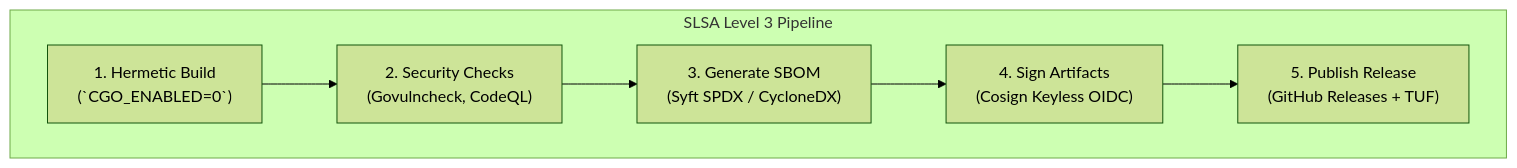
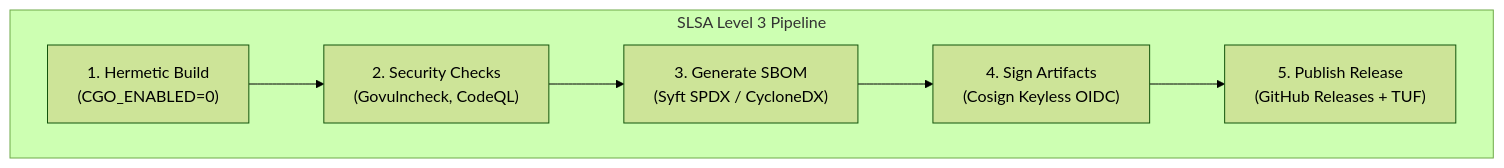
The first of 3 diagrams in docs/CI_CD.md (Subhadip-Paul2006/NETRA-Backend), drawn with Mermaid (forest theme) before and after one commit. The commit also changed other lines of this file and 14 other files, not shown here.

Commit message:
fix(docs): resolve GitHub Mermaid diagram lexical errors and KaTeX math formatting across all specifications

````diff
--- a/docs/CI_CD.md
+++ b/docs/CI_CD.md
@@ -30,10 +30,10 @@
 ```mermaid
 flowchart LR
     subgraph SupplyChain["SLSA Level 3 Pipeline"]
         direction LR
-        Build["1. Hermetic Build<br/>(`CGO_ENABLED=0`)"] --> Scan["2. Security Checks<br/>(Govulncheck, CodeQL)"]
+        Build["1. Hermetic Build<br/>(CGO_ENABLED=0)"] --> Scan["2. Security Checks<br/>(Govulncheck, CodeQL)"]
         Scan --> SBOM["3. Generate SBOM<br/>(Syft SPDX / CycloneDX)"]
         SBOM --> Sign["4. Sign Artifacts<br/>(Cosign Keyless OIDC)"]
         Sign --> Publish["5. Publish Release<br/>(GitHub Releases + TUF)"]
     end
 ```
````
